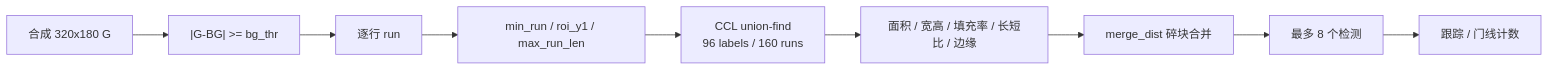
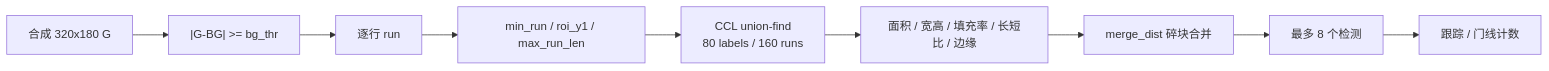
The diagram in work/camera_hdmi_720p/tools/vision_demo/README.md (ZCM8848/anlogic-fpga-design), drawn with Mermaid before and after one commit. The commit also changed other lines of this file and 13 other files, not shown here.

````diff
--- a/work/camera_hdmi_720p/tools/vision_demo/README.md
+++ b/work/camera_hdmi_720p/tools/vision_demo/README.md
@@ -15,11 +15,11 @@
 ```mermaid
 flowchart LR
   A["合成 320x180 G"] --> B["|G-BG| >= bg_thr"]
   B --> C["逐行 run"]
   C --> D["min_run / roi_y1 / max_run_len"]
-  D --> E["CCL union-find<br/>96 labels / 160 runs"]
+  D --> E["CCL union-find<br/>80 labels / 160 runs"]
   E --> F["面积 / 宽高 / 填充率 / 长短比 / 边缘"]
   F --> G["merge_dist 碎块合并"]
   G --> H["最多 8 个检测"]
   H --> I["跟踪 / 门线计数"]
 ```
````
